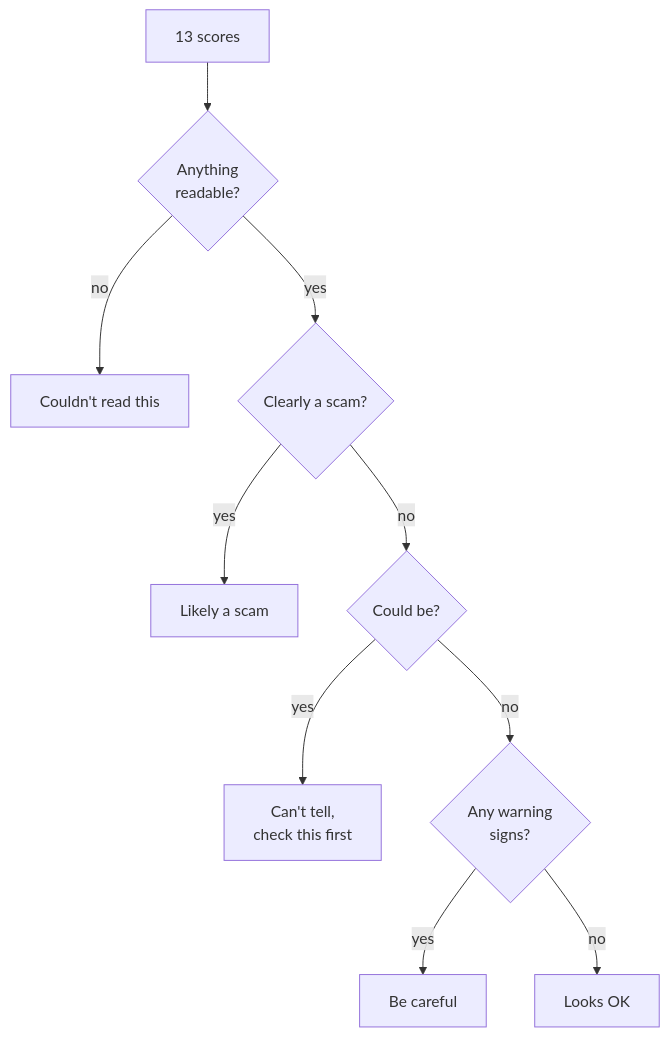
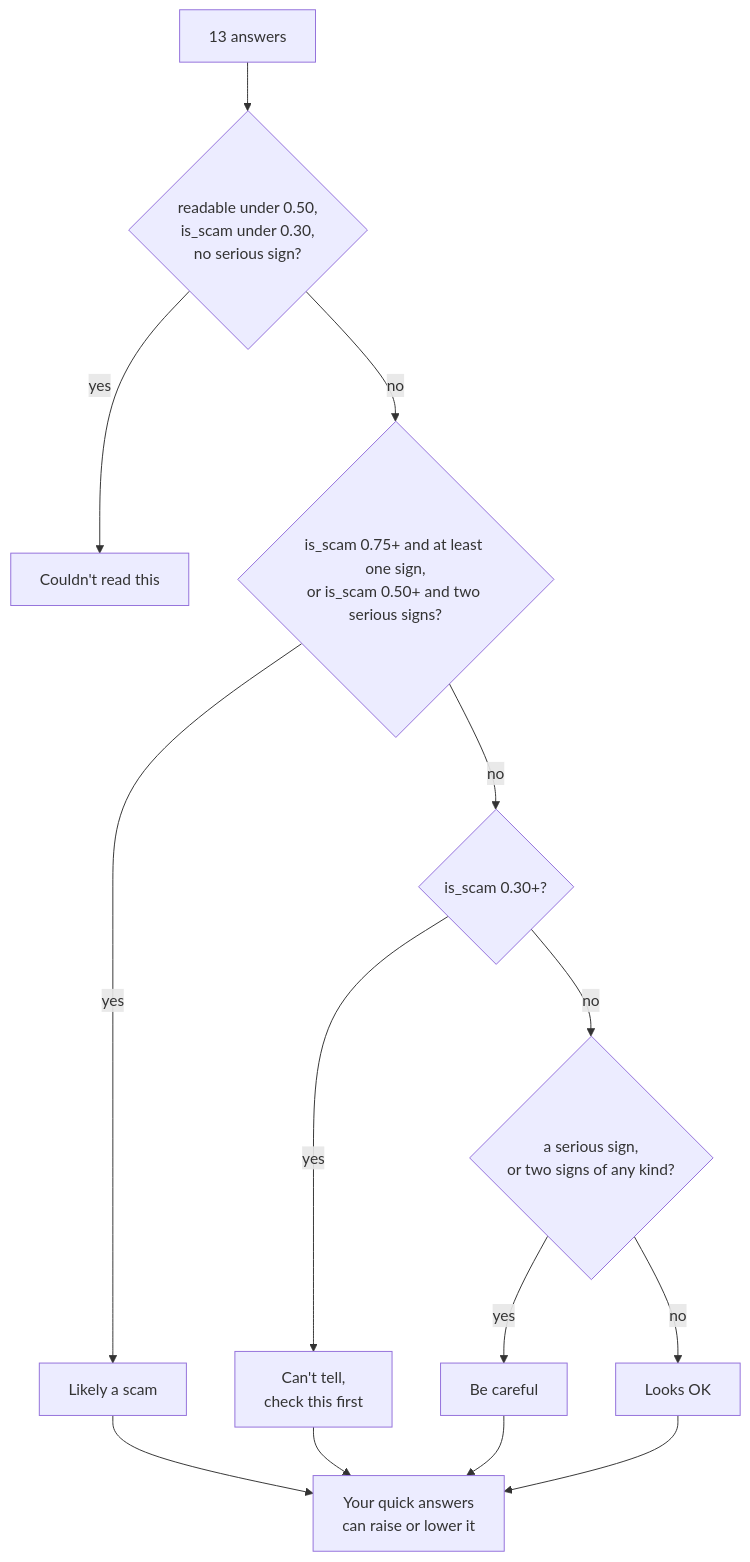
One commit to Nandhan-Varma/scam-check changed the second of 2 diagrams in README.md. Above: the diagram before and after it, drawn with Mermaid. The commit also changed other lines of this file and 6 other files, not shown here.

````diff
--- a/README.md
+++ b/README.md
@@ -47,12 +192,13 @@
 ```mermaid
 flowchart TD
-    S["13 scores"] --> R{"Anything<br/>readable?"}
-    R -->|no| UC["Couldn't read this"]
-    R -->|yes| A{"Clearly a scam?"}
+    S["13 answers"] --> R{"readable under 0.50,<br/>is_scam under 0.30,<br/>no serious sign?"}
+    R -->|yes| UC["Couldn't read this"]
+    R -->|no| A{"is_scam 0.75+ and at least one sign,<br/>or is_scam 0.50+ and two serious signs?"}
     A -->|yes| LS["Likely a scam"]
-    A -->|no| B{"Could be?"}
+    A -->|no| B{"is_scam 0.30+?"}
     B -->|yes| NS["Can't tell,<br/>check this first"]
-    B -->|no| C{"Any warning<br/>signs?"}
+    B -->|no| C{"a serious sign,<br/>or two signs of any kind?"}
     C -->|yes| SU["Be careful"]
     C -->|no| OK["Looks OK"]
+    LS & NS & SU & OK --> Q["Your quick answers<br/>can raise or lower it"]
 ```
````
